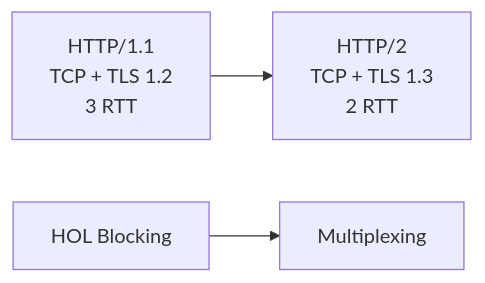
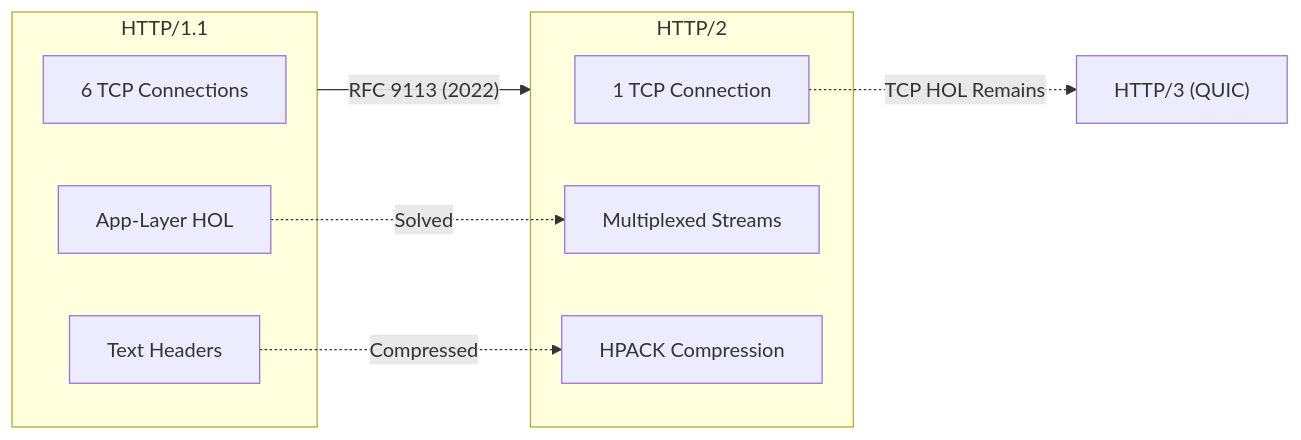
Before and after one commit to sujeet-pro/legacy-personal-site: the first of 4 diagrams in v4/content/articles/web-foundations/networking-protocols/http1-1-to-http2-evolution/README.md, drawn with Mermaid. The commit also changed other lines of this file and 115 other files, not shown here.

````diff
--- a/v4/content/articles/web-foundations/networking-protocols/http1-1-to-http2-evolution/README.md
+++ b/v4/content/articles/web-foundations/networking-protocols/http1-1-to-http2-evolution/README.md
@@ -7,5 +7,19 @@
 ```mermaid
 flowchart LR
-    H1["HTTP/1.1<br/>TCP + TLS 1.2<br/>3 RTT"] --> H2["HTTP/2<br/>TCP + TLS 1.3<br/>2 RTT"]
-    HOL["HOL Blocking"] --> MUX["Multiplexing"]
+    subgraph HTTP1["HTTP/1.1"]
+        H1C["6 TCP Connections"]
+        H1HOL["App-Layer HOL"]
+        H1H["Text Headers"]
+    end
+
+    subgraph HTTP2["HTTP/2"]
+        H2C["1 TCP Connection"]
+        H2MUX["Multiplexed Streams"]
+        H2H["HPACK Compression"]
+    end
+
+    HTTP1 -->|"RFC 9113 (2022)"| HTTP2
+    H1HOL -.->|"Solved"| H2MUX
+    H1H -.->|"Compressed"| H2H
+    H2C -.->|"TCP HOL Remains"| H3["HTTP/3 (QUIC)"]
 ```
````
